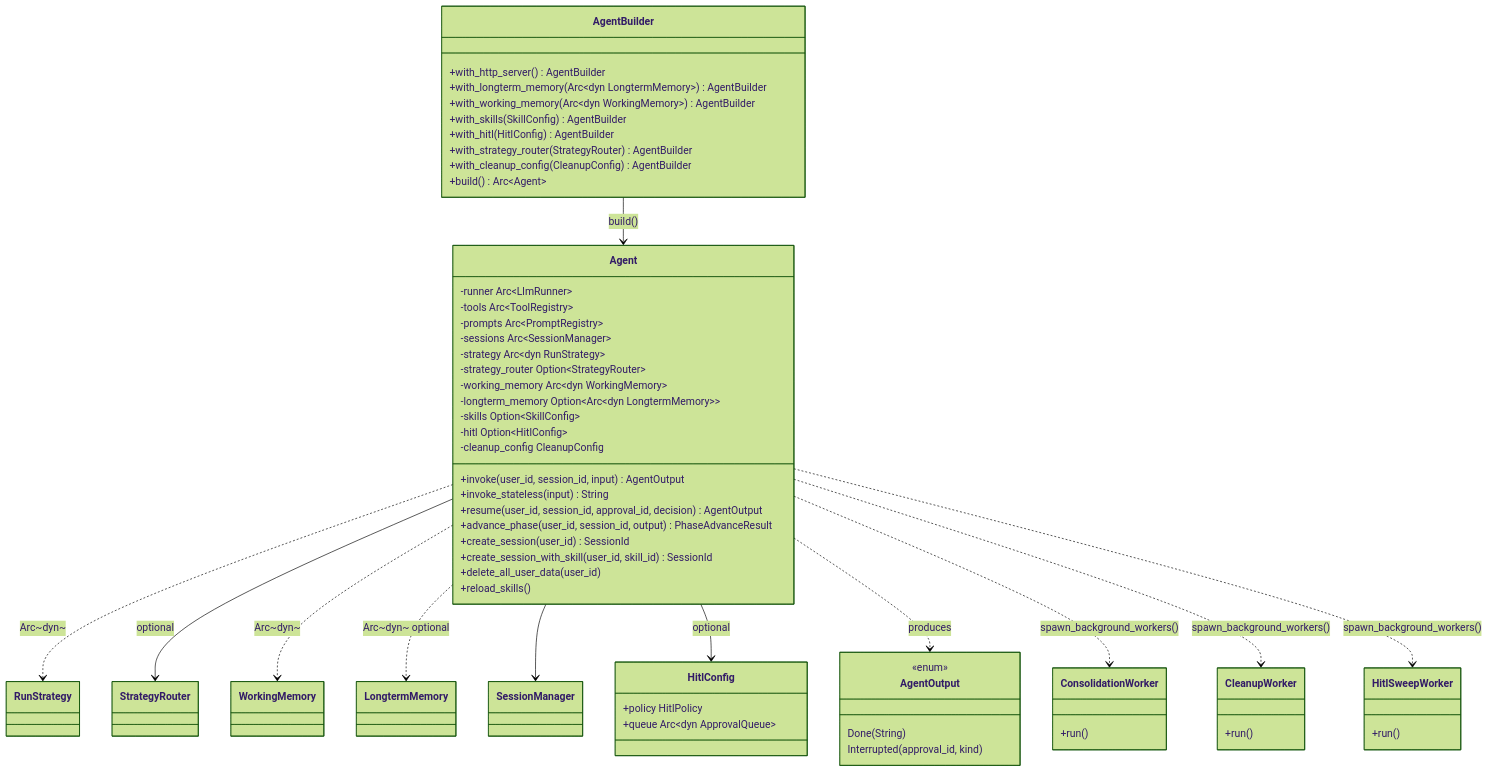
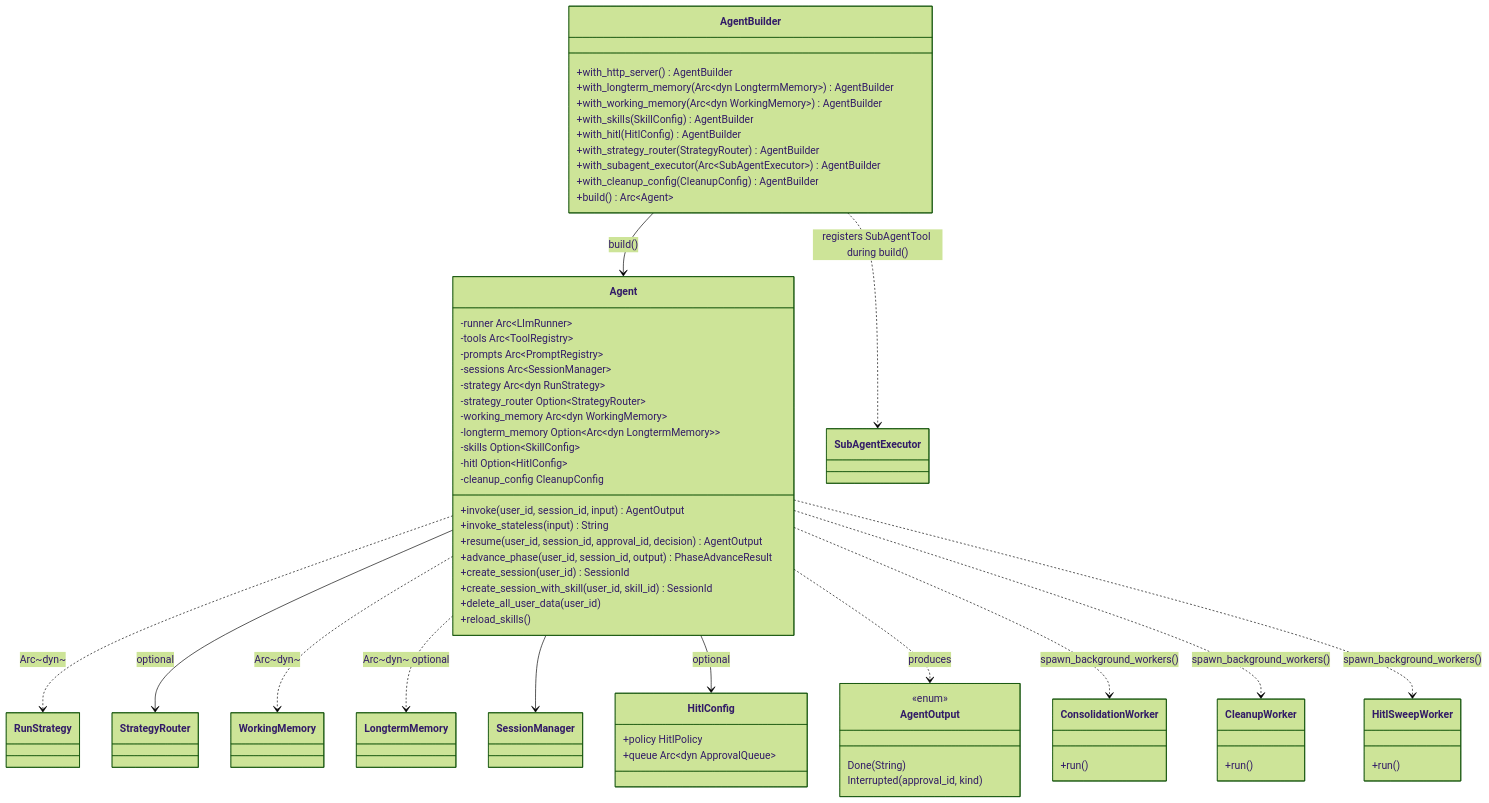
Before and after one commit to sirius-zuo/agentverse: the diagram in wiki/agent.md, drawn with Mermaid (forest theme). The commit also changed other lines of this file and 5 other files, not shown here.

Commit message:
feat(agent): wire subagent executor through builder

````diff
--- a/wiki/agent.md
+++ b/wiki/agent.md
@@ -51,66 +52,68 @@
 ```mermaid
 classDiagram
     class Agent {
         -runner Arc~LlmRunner~
         -tools Arc~ToolRegistry~
         -prompts Arc~PromptRegistry~
         -sessions Arc~SessionManager~
         -strategy Arc~dyn RunStrategy~
         -strategy_router Option~StrategyRouter~
         -working_memory Arc~dyn WorkingMemory~
         -longterm_memory Option~Arc~dyn LongtermMemory~~
         -skills Option~SkillConfig~
         -hitl Option~HitlConfig~
         -cleanup_config CleanupConfig
         +invoke(user_id, session_id, input) AgentOutput
         +invoke_stateless(input) String
         +resume(user_id, session_id, approval_id, decision) AgentOutput
         +advance_phase(user_id, session_id, output) PhaseAdvanceResult
         +create_session(user_id) SessionId
         +create_session_with_skill(user_id, skill_id) SessionId
         +delete_all_user_data(user_id)
         +reload_skills()
     }
     class AgentBuilder {
         +with_http_server() AgentBuilder
         +with_longterm_memory(Arc~dyn LongtermMemory~) AgentBuilder
         +with_working_memory(Arc~dyn WorkingMemory~) AgentBuilder
         +with_skills(SkillConfig) AgentBuilder
         +with_hitl(HitlConfig) AgentBuilder
         +with_strategy_router(StrategyRouter) AgentBuilder
+        +with_subagent_executor(Arc~SubAgentExecutor~) AgentBuilder
         +with_cleanup_config(CleanupConfig) AgentBuilder
         +build() Arc~Agent~
     }
     AgentBuilder --> Agent : build()
+    AgentBuilder ..> SubAgentExecutor : registers SubAgentTool during build()
     Agent ..> RunStrategy : Arc~dyn~
     Agent --> StrategyRouter : optional
     Agent ..> WorkingMemory : Arc~dyn~
     Agent ..> LongtermMemory : Arc~dyn~ optional
     Agent --> SessionManager
     Agent --> HitlConfig : optional
 
     class HitlConfig {
         +policy HitlPolicy
         +queue Arc~dyn ApprovalQueue~
     }
 
     class AgentOutput {
         <<enum>>
         Done(String)
         Interrupted(approval_id, kind)
     }
     Agent ..> AgentOutput : produces
 
     class ConsolidationWorker {
         +run()
     }
     class CleanupWorker {
         +run()
     }
     class HitlSweepWorker {
         +run()
     }
     Agent ..> ConsolidationWorker : spawn_background_workers()
     Agent ..> CleanupWorker : spawn_background_workers()
     Agent ..> HitlSweepWorker : spawn_background_workers()
 ```
````
